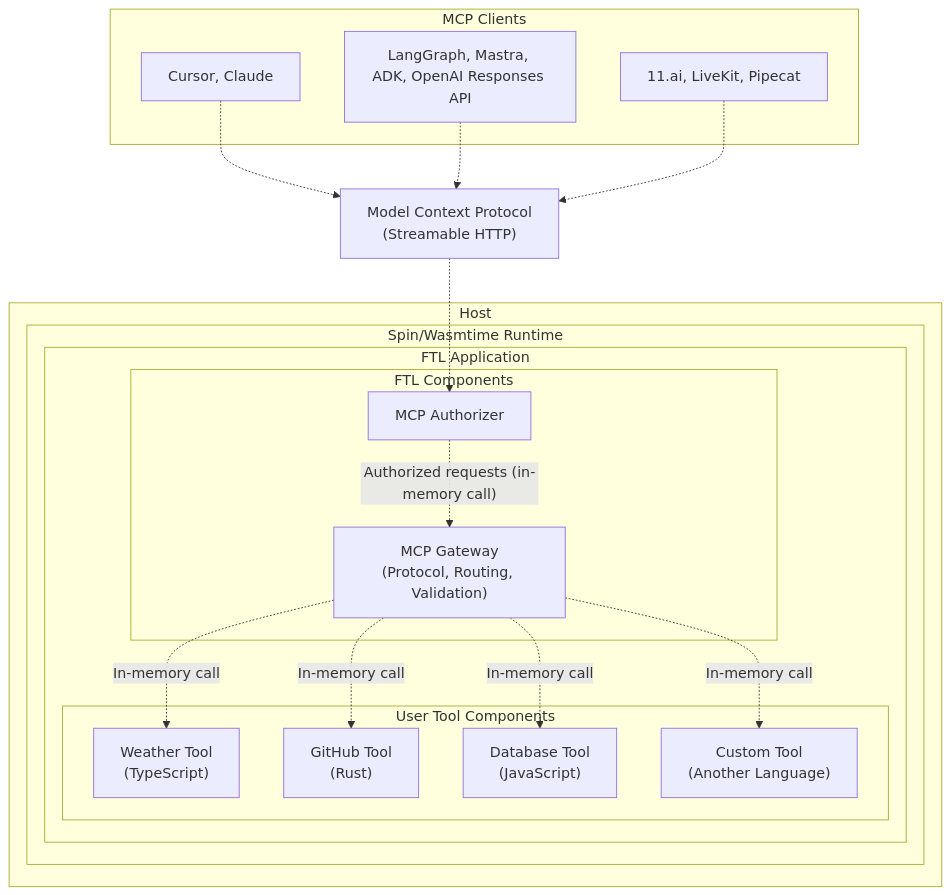
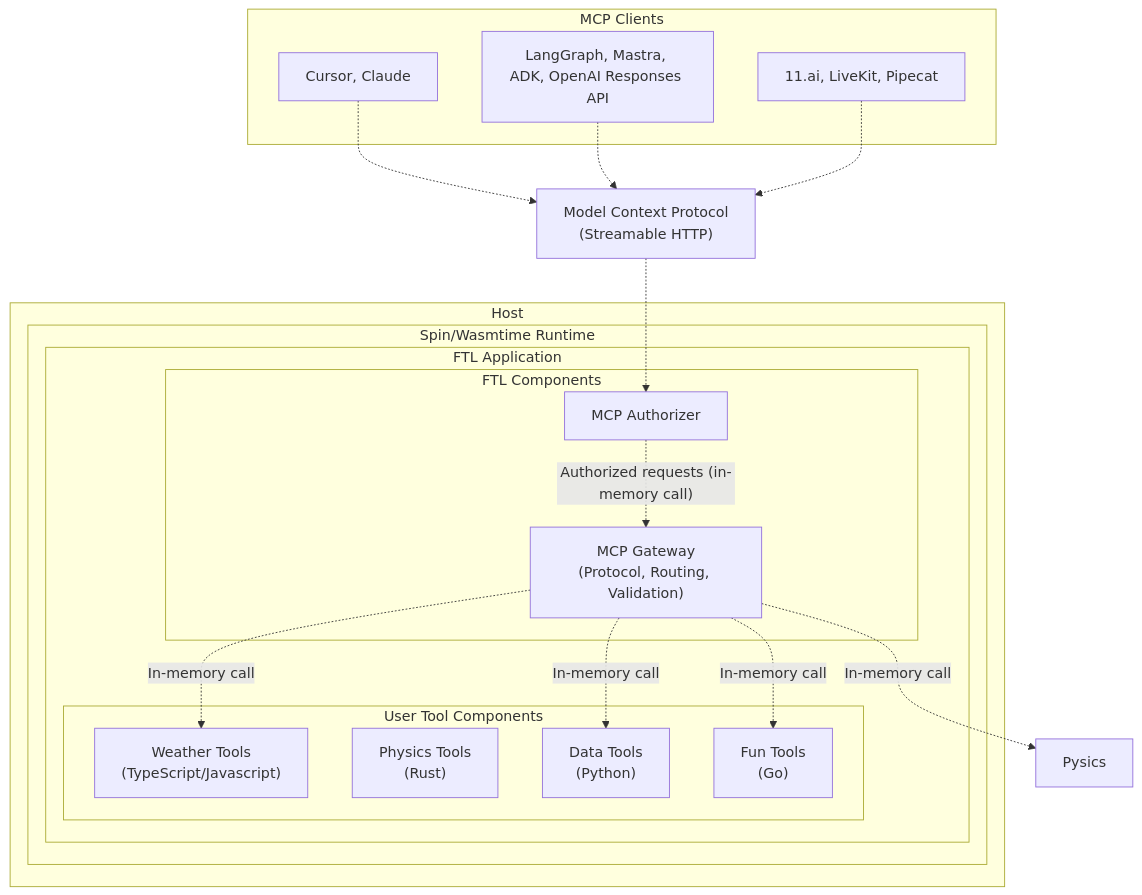
Before and after one commit to fastertools/ftl: the diagram in README.md, drawn with Mermaid. The commit also changed other lines of this file and 1 other file, not shown here.

````diff
--- a/README.md
+++ b/README.md
@@ -199,39 +199,39 @@
 ```mermaid
 graph TB
     subgraph "MCP Clients"
         Desktops["Cursor, Claude"]
         Agents["LangGraph, Mastra, ADK, OpenAI Responses API"]
         Realtime["11.ai, LiveKit, Pipecat"]
     end
     
     MCP["Model Context Protocol<br/>(Streamable HTTP)"]
     
 
       subgraph "Host"
           subgraph "Spin/Wasmtime Runtime"
               subgraph "FTL Application"
                   subgraph "FTL Components"
                       MCPAuth["MCP Authorizer"]
                       MCPGateway["MCP Gateway<br/>(Protocol, Routing, Validation)"]
                   end
                   
                   subgraph "User Tool Components"
-                      Weather["Weather Tool<br/>(TypeScript)"]
-                      GitHub["GitHub Tool<br/>(Rust)"]
-                      Database["Database Tool<br/>(JavaScript)"]
-                      Custom["Custom Tool<br/>(Another Language)"]
+                      Weather["Weather Tools<br/>(TypeScript/Javascript)"]
+                      Physics["Physics Tools<br/>(Rust)"]
+                      Data["Data Tools<br/>(Python)"]
+                      Custom["Fun Tools<br/>(Go)"]
                   end
               end
           end
       end
     
     Desktops -.->| | MCP
     Agents -.->| | MCP
     Realtime -.->| | MCP
     MCP -.->| | MCPAuth
     MCPAuth -.->|"Authorized requests (in-memory call)"| MCPGateway
     MCPGateway -.->|"In-memory call"| Weather
-    MCPGateway -.->|"In-memory call"| GitHub
-    MCPGateway -.->|"In-memory call"| Database
+    MCPGateway -.->|"In-memory call"| Pysics
+    MCPGateway -.->|"In-memory call"| Data
     MCPGateway -.->|"In-memory call"| Custom
 ```
````
